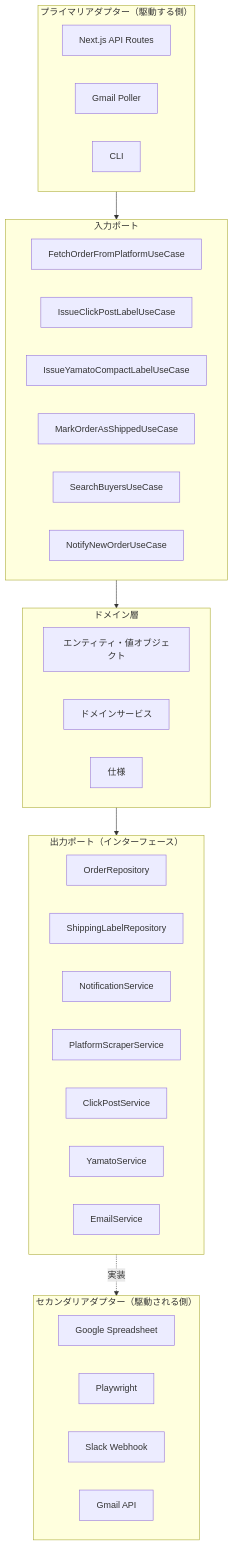
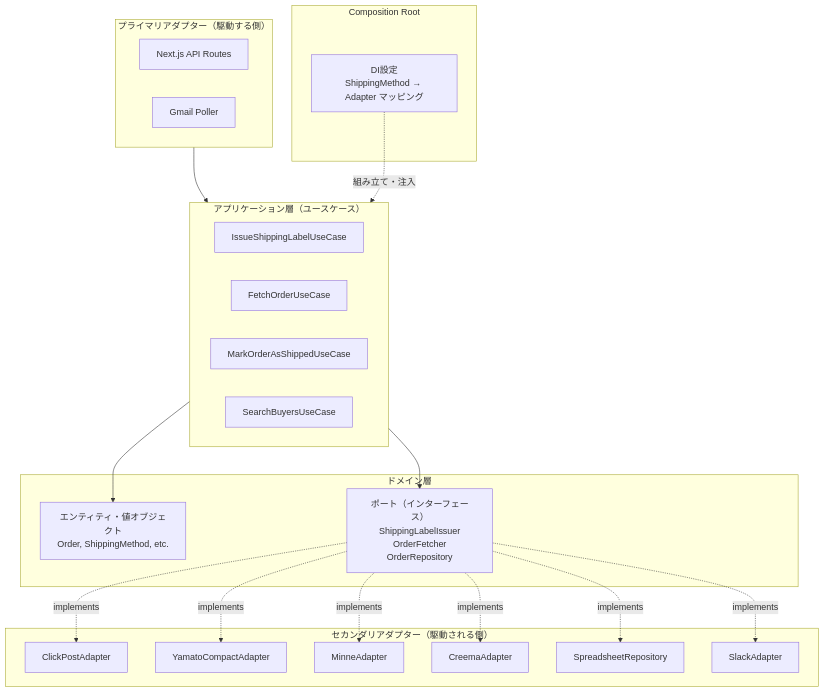
Before and after one commit to toru0514/handmade-shipping-manager: the second of 4 diagrams in docs/architecture/README.md, drawn with Mermaid. The commit also changed other lines of this file and 1 other file, not shown here.

````diff
--- a/docs/architecture/README.md
+++ b/docs/architecture/README.md
@@ -48,45 +42,43 @@
 ```mermaid
 flowchart TB
     subgraph PrimaryAdapters["プライマリアダプター（駆動する側）"]
         NextJS["Next.js API Routes"]
         GmailPoller["Gmail Poller"]
-        CLI["CLI"]
     end
 
-    subgraph InputPorts["入力ポート"]
-        FetchOrder["FetchOrderFromPlatformUseCase"]
-        IssueClickPost["IssueClickPostLabelUseCase"]
-        IssueYamato["IssueYamatoCompactLabelUseCase"]
+    subgraph Application["アプリケーション層（ユースケース）"]
+        IssueLabel["IssueShippingLabelUseCase"]
+        FetchOrder["FetchOrderUseCase"]
         MarkShipped["MarkOrderAsShippedUseCase"]
         SearchBuyers["SearchBuyersUseCase"]
-        NotifyOrder["NotifyNewOrderUseCase"]
     end
 
-    subgraph DomainLayer["ドメイン層"]
-        Entities["エンティティ・値オブジェクト"]
-        DomainServices["ドメインサービス"]
-        Specifications["仕様"]
-    end
-
-    subgraph OutputPorts["出力ポート（インターフェース）"]
-        OrderRepo["OrderRepository"]
-        LabelRepo["ShippingLabelRepository"]
-        NotificationSvc["NotificationService"]
-        PlatformScraper["PlatformScraperService"]
-        ClickPostSvc["ClickPostService"]
-        YamatoSvc["YamatoService"]
-        EmailSvc["EmailService"]
+    subgraph Domain["ドメイン層"]
+        Entities["エンティティ・値オブジェクト<br/>Order, ShippingMethod, etc."]
+        Ports["ポート（インターフェース）<br/>ShippingLabelIssuer<br/>OrderFetcher<br/>OrderRepository"]
     end
 
     subgraph SecondaryAdapters["セカンダリアダプター（駆動される側）"]
-        Spreadsheet["Google Spreadsheet"]
-        Playwright["Playwright"]
-        Slack["Slack Webhook"]
-        Gmail["Gmail API"]
+        ClickPostAdapter["ClickPostAdapter"]
+        YamatoAdapter["YamatoCompactAdapter"]
+        MinneAdapter["MinneAdapter"]
+        CreemaAdapter["CreemaAdapter"]
+        SpreadsheetRepo["SpreadsheetRepository"]
+        SlackAdapter["SlackAdapter"]
     end
 
-    PrimaryAdapters --> InputPorts
-    InputPorts --> DomainLayer
-    DomainLayer --> OutputPorts
-    OutputPorts -.->|実装| SecondaryAdapters
+    subgraph CompositionRoot["Composition Root"]
+        DI["DI設定<br/>ShippingMethod → Adapter マッピング"]
+    end
+
+    PrimaryAdapters --> Application
+    Application --> Entities
+    Application --> Ports
+    Ports -.->|implements| ClickPostAdapter
+    Ports -.->|implements| YamatoAdapter
+    Ports -.->|implements| MinneAdapter
+    Ports -.->|implements| CreemaAdapter
+    Ports -.->|implements| SpreadsheetRepo
+    Ports -.->|implements| SlackAdapter
+    DI -.->|組み立て・注入| Application
 ```
````
